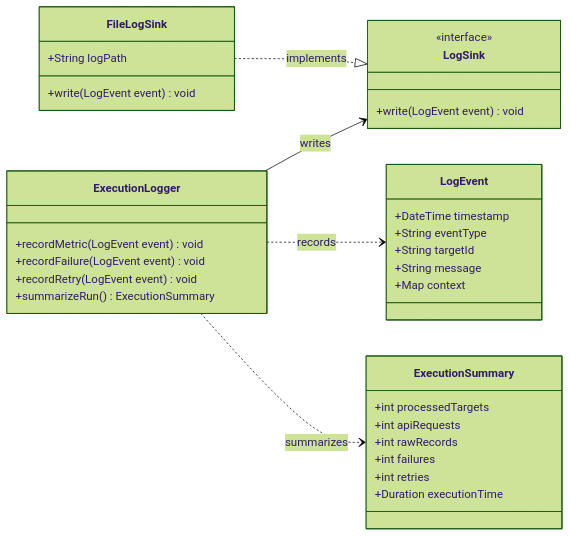
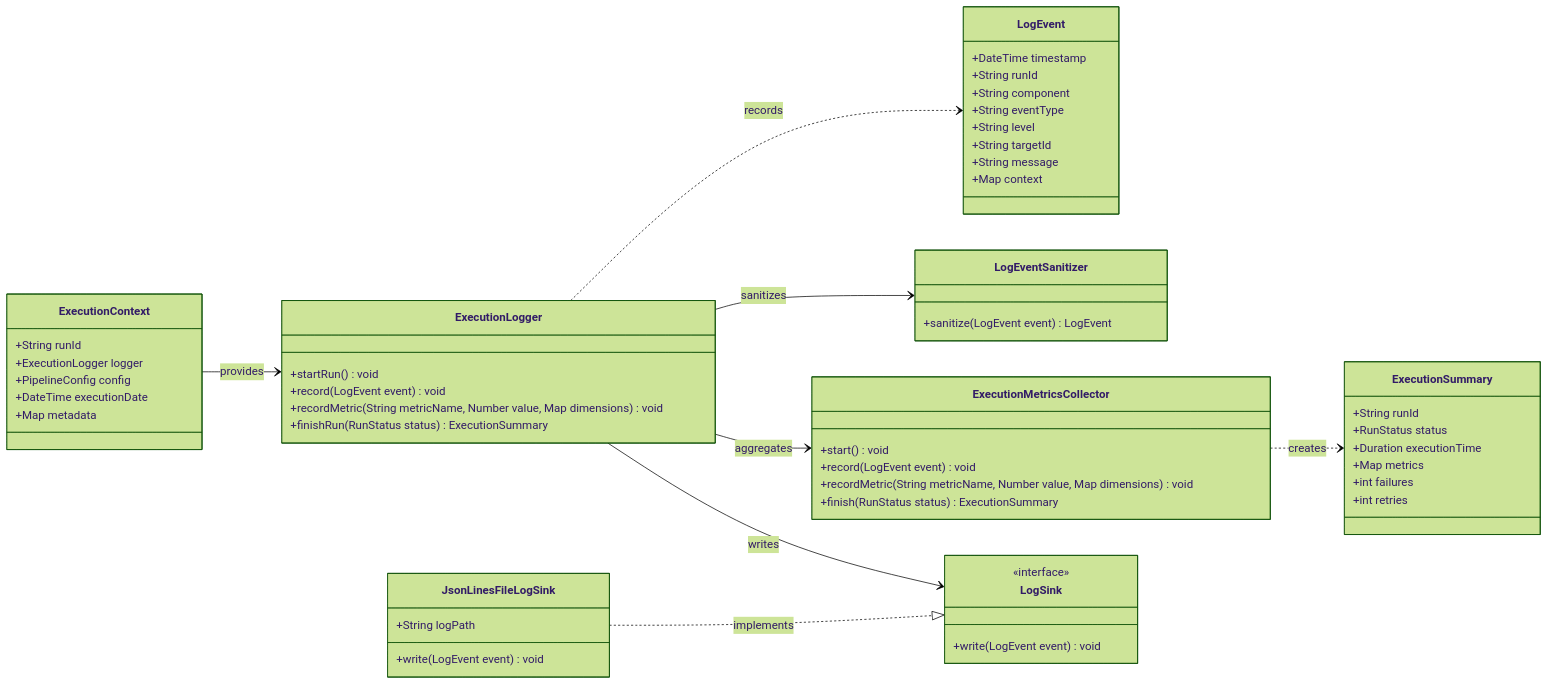
Before and after one commit to mentoria-edu/data_vet: the diagram in docs/c4/level_4_code/data_ingestion/logger.md, drawn with Mermaid (forest theme). The commit also changed 4 other files, not shown here.

````diff
--- a/docs/c4/level_4_code/data_ingestion/logger.md
+++ b/docs/c4/level_4_code/data_ingestion/logger.md
@@ -3,43 +3,68 @@
 ```mermaid
 classDiagram
 direction LR
 
 class ExecutionLogger {
-  +recordMetric(LogEvent event) void
-  +recordFailure(LogEvent event) void
-  +recordRetry(LogEvent event) void
-  +summarizeRun() ExecutionSummary
+  +startRun() void
+  +record(LogEvent event) void
+  +recordMetric(String metricName, Number value, Map dimensions) void
+  +finishRun(RunStatus status) ExecutionSummary
+}
+
+class ExecutionContext {
+  +String runId
+  +ExecutionLogger logger
+  +PipelineConfig config
+  +DateTime executionDate
+  +Map metadata
+}
+
+class LogEvent {
+  +DateTime timestamp
+  +String runId
+  +String component
+  +String eventType
+  +String level
+  +String targetId
+  +String message
+  +Map context
+}
+
+class LogEventSanitizer {
+  +sanitize(LogEvent event) LogEvent
+}
+
+class ExecutionMetricsCollector {
+  +start() void
+  +record(LogEvent event) void
+  +recordMetric(String metricName, Number value, Map dimensions) void
+  +finish(RunStatus status) ExecutionSummary
 }
 
 class LogSink {
   <<interface>>
   +write(LogEvent event) void
 }
 
-class FileLogSink {
+class JsonLinesFileLogSink {
   +String logPath
   +write(LogEvent event) void
 }
 
-class LogEvent {
-  +DateTime timestamp
-  +String eventType
-  +String targetId
-  +String message
-  +Map context
+class ExecutionSummary {
+  +String runId
+  +RunStatus status
+  +Duration executionTime
+  +Map metrics
+  +int failures
+  +int retries
 }
 
-class ExecutionSummary {
-  +int processedTargets
-  +int apiRequests
-  +int rawRecords
-  +int failures
-  +int retries
-  +Duration executionTime
-}
-
+ExecutionContext --> ExecutionLogger : provides
+ExecutionLogger --> LogEventSanitizer : sanitizes
+ExecutionLogger --> ExecutionMetricsCollector : aggregates
 ExecutionLogger --> LogSink : writes
 ExecutionLogger ..> LogEvent : records
-ExecutionLogger ..> ExecutionSummary : summarizes
-FileLogSink ..|> LogSink : implements
+JsonLinesFileLogSink ..|> LogSink : implements
+ExecutionMetricsCollector ..> ExecutionSummary : creates
 ```
````
